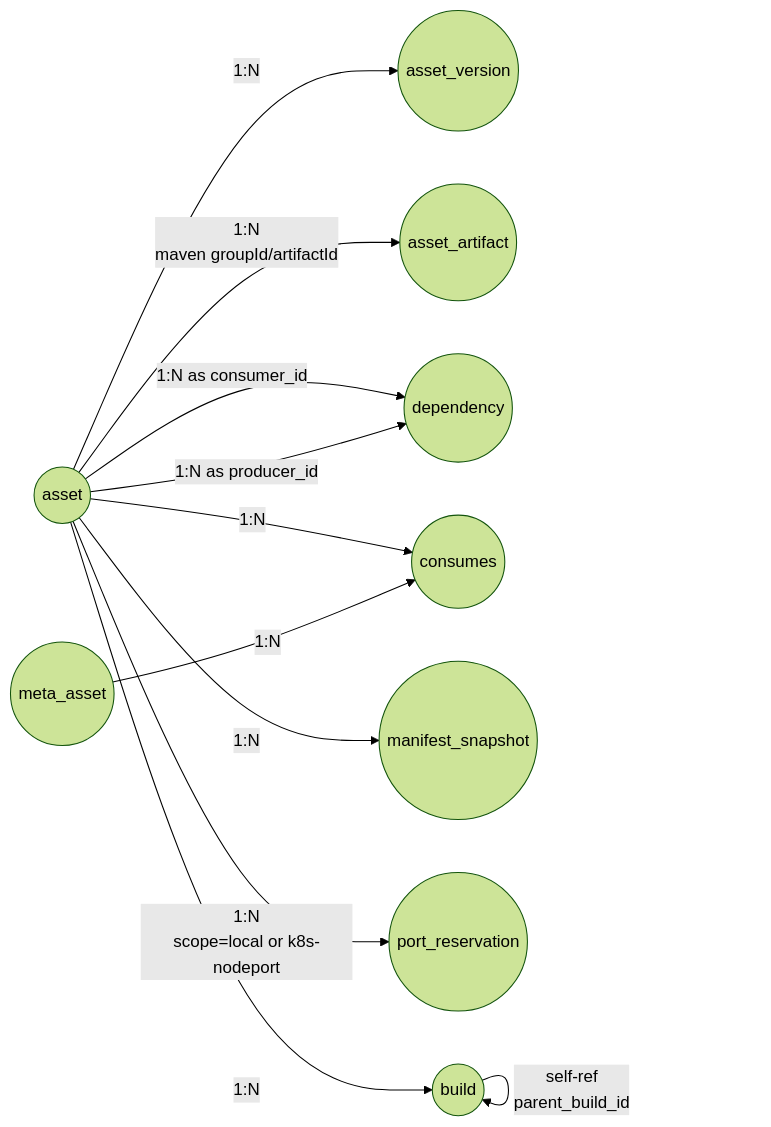
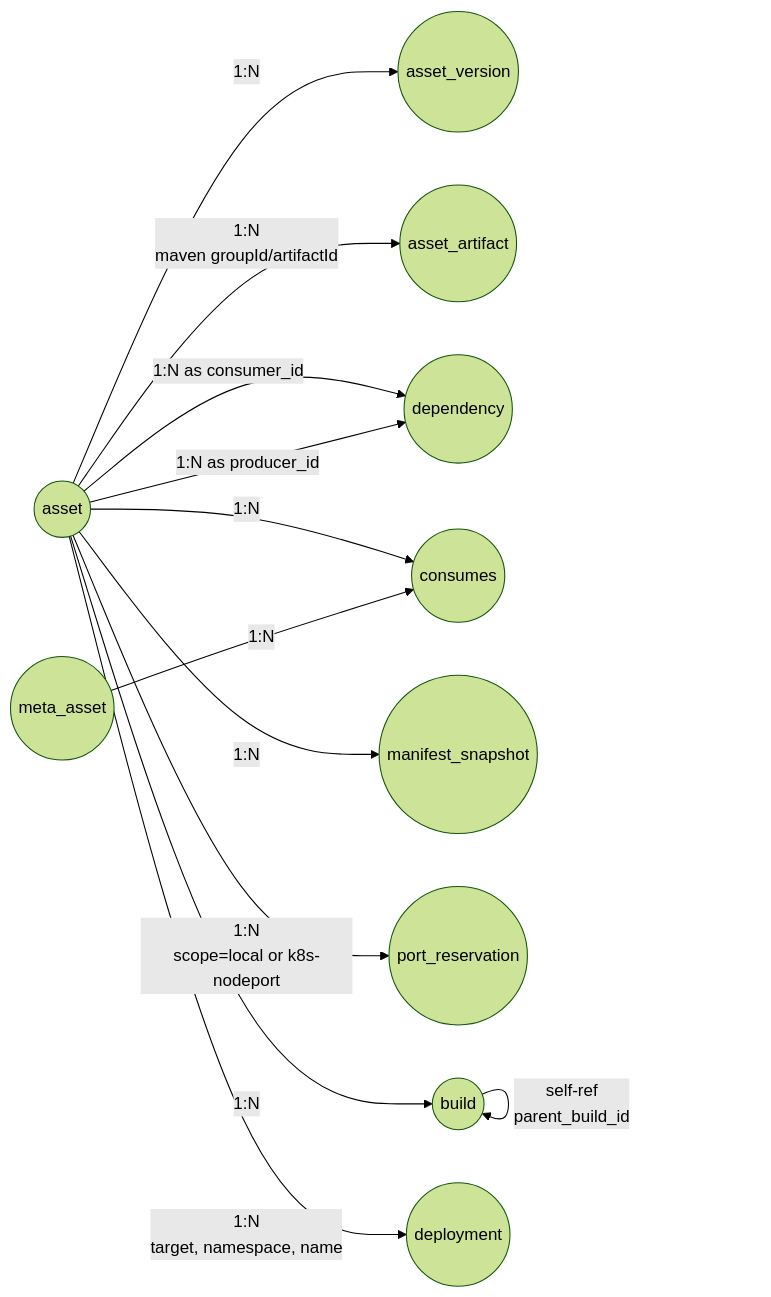
The ninth of 9 diagrams in README.md (geekychris/devhubpro), drawn with Mermaid (forest theme) before and after one commit. The commit also changed other lines of this file and 3 other files, not shown here.

````diff
--- a/README.md
+++ b/README.md
@@ -817,23 +870,25 @@
 ```mermaid
 graph LR
     asset((asset))
     asset_version((asset_version))
     asset_artifact((asset_artifact))
     dependency((dependency))
     consumes((consumes))
     meta_asset((meta_asset))
     manifest_snapshot((manifest_snapshot))
     port_reservation((port_reservation))
     build((build))
+    deployment((deployment))
 
     asset -->|1:N| asset_version
     asset -->|1:N<br/>maven groupId/artifactId| asset_artifact
     asset -->|1:N as consumer_id| dependency
     asset -->|1:N as producer_id| dependency
     asset -->|1:N| consumes
     meta_asset -->|1:N| consumes
     asset -->|1:N| manifest_snapshot
     asset -->|1:N<br/>scope=local or k8s-nodeport| port_reservation
     asset -->|1:N| build
     build -->|self-ref<br/>parent_build_id| build
+    asset -->|1:N<br/>target, namespace, name| deployment
 ```
````
